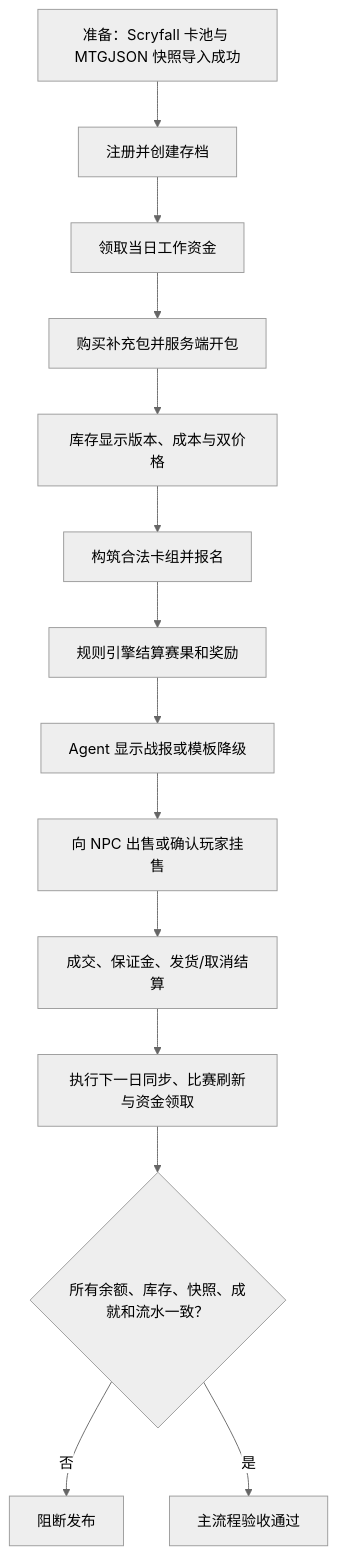
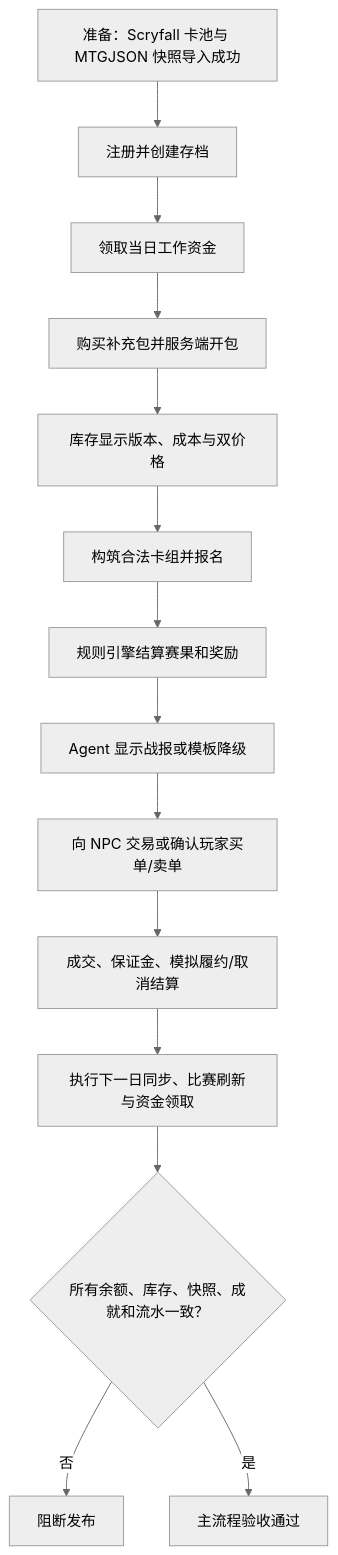
One commit to Xu-Morgen/mtgMarketSimulater changed the fourth of 4 diagrams in 模拟器主流程与核心验收.md. Above: the diagram before and after it, drawn with Mermaid (neutral theme). The commit also changed other lines of this file and 13 other files, not shown here.

````diff
--- a/模拟器主流程与核心验收.md
+++ b/模拟器主流程与核心验收.md
@@ -105,16 +106,16 @@
 ```mermaid
 flowchart TD
     A[准备：Scryfall 卡池与 MTGJSON 快照导入成功] --> B[注册并创建存档]
     B --> C[领取当日工作资金]
     C --> D[购买补充包并服务端开包]
     D --> E[库存显示版本、成本与双价格]
     E --> F[构筑合法卡组并报名]
     F --> G[规则引擎结算赛果和奖励]
     G --> H[Agent 显示战报或模板降级]
-    H --> I[向 NPC 出售或确认玩家挂售]
-    I --> J[成交、保证金、发货/取消结算]
+    H --> I[向 NPC 交易或确认玩家买单/卖单]
+    I --> J[成交、保证金、模拟履约/取消结算]
     J --> K[执行下一日同步、比赛刷新与资金领取]
     K --> L{所有余额、库存、快照、成就和流水一致？}
     L -- 否 --> X[阻断发布]
     L -- 是 --> Y[主流程验收通过]
 ```
````
